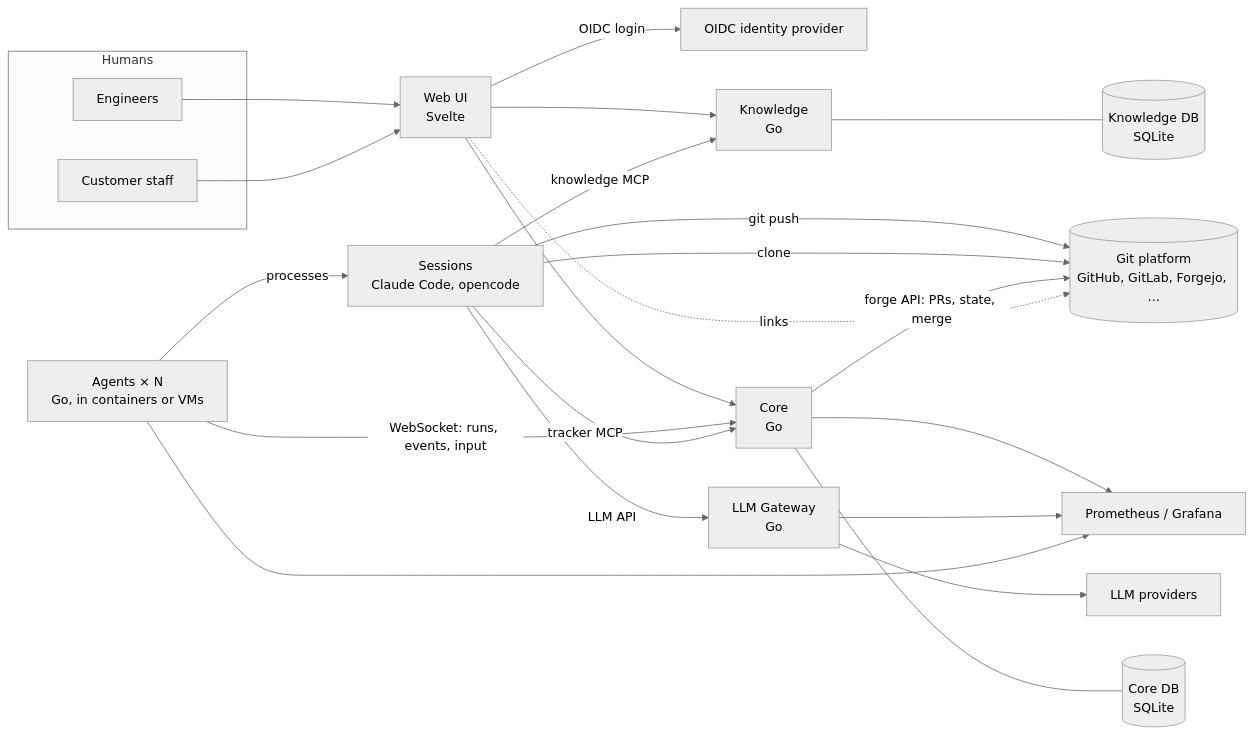
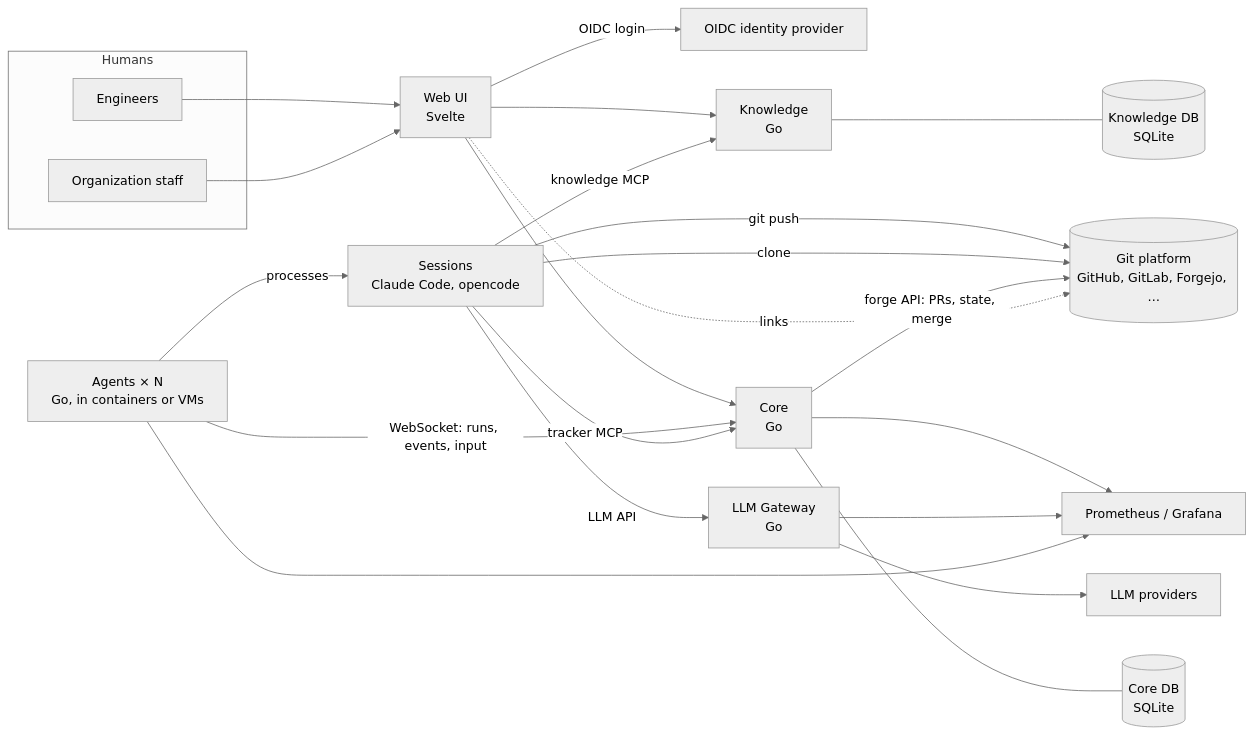
Before and after one commit to denyszorinets/ballet: the diagram in docs/architecture/overview.rst, drawn with Mermaid (neutral theme). The commit also changed other lines of this file and 245 other files, not shown here.

```diff
--- a/docs/architecture/overview.rst
+++ b/docs/architecture/overview.rst
@@ -7,36 +7,36 @@
 .. mermaid::
 
    flowchart LR
      subgraph Humans
        ENG[Engineers]
-       CUST[Customer staff]
+       CUST[Organization staff]
      end
      IDP[OIDC identity provider]
      UI[Web UI<br/>Svelte]
      CORE[Core<br/>Go]
      KN[Knowledge<br/>Go]
      AG[Agents × N<br/>Go, in containers or VMs]
      GW[LLM Gateway<br/>Go]
      CDB[(Core DB<br/>SQLite)]
      KDB[(Knowledge DB<br/>SQLite)]
      CT[Sessions<br/>Claude Code, opencode]
      GIT[(Git platform<br/>GitHub, GitLab, Forgejo, …)]
      LLM[LLM providers]
      PROM[Prometheus / Grafana]
 
      ENG & CUST --> UI
      UI -- OIDC login --> IDP
      UI --> CORE
      UI --> KN
      CORE --- CDB
      KN --- KDB
      AG -- WebSocket: runs, events, input --> CORE
      AG -- processes --> CT
      CT -- tracker MCP --> CORE
      CT -- knowledge MCP --> KN
      CT -- LLM API --> GW --> LLM
      CT -- git push --> GIT
      CT -- clone --> GIT
      CORE -- forge API: PRs, state, merge --> GIT
      UI -. links .-> GIT
      CORE & GW & AG --> PROM
```
